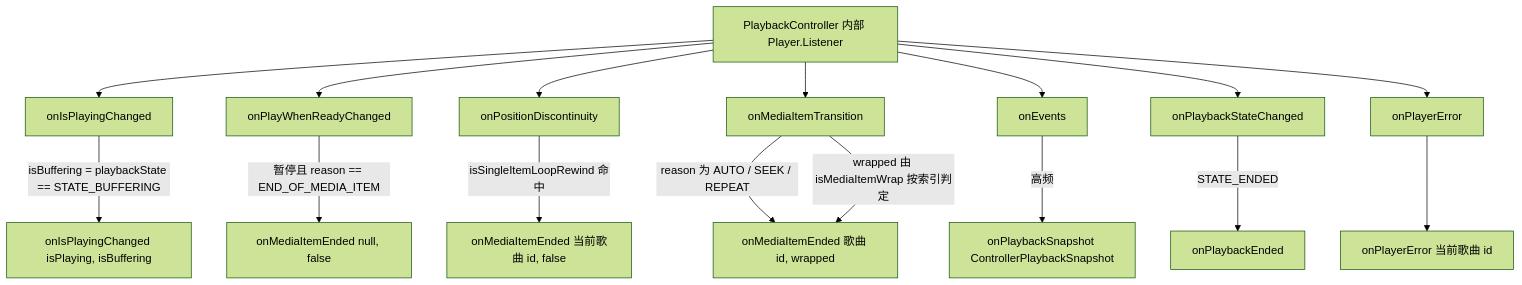
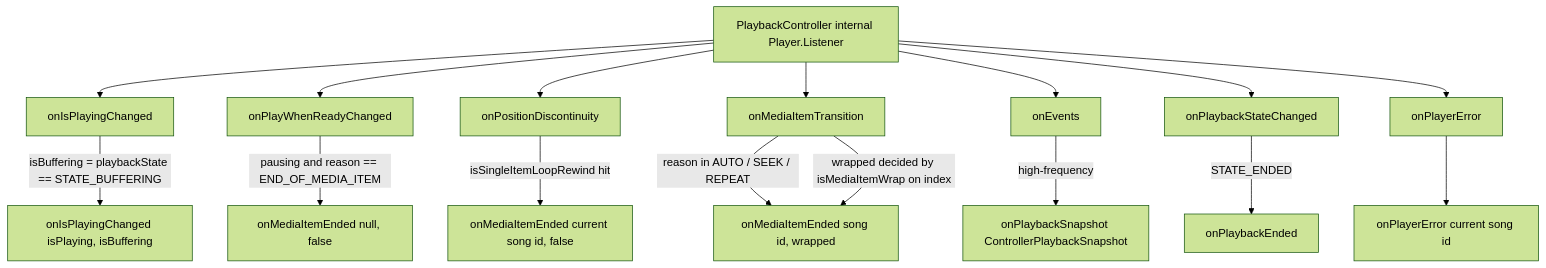
One commit to DefineMyCode/melody-in-heart-x changed the second of 2 diagrams in openwiki/player/service-and-controller.md. Above: the diagram before and after it, drawn with Mermaid (forest theme). The commit also changed other lines of this file and 38 other files, not shown here.

````diff
--- a/openwiki/player/service-and-controller.md
+++ b/openwiki/player/service-and-controller.md
@@ -160,18 +187,18 @@
 ```mermaid
 flowchart TD
-    L["PlaybackController 内部 Player.Listener"] --> IPC["onIsPlayingChanged"]
+    L["PlaybackController internal Player.Listener"] --> IPC["onIsPlayingChanged"]
     L --> PWR["onPlayWhenReadyChanged"]
     L --> DISC["onPositionDiscontinuity"]
     L --> TRANS["onMediaItemTransition"]
     L --> EV["onEvents"]
     L --> ST["onPlaybackStateChanged"]
     L --> ERR["onPlayerError"]
     IPC -->|"isBuffering = playbackState == STATE_BUFFERING"| CB1["onIsPlayingChanged isPlaying, isBuffering"]
-    PWR -->|"暂停且 reason == END_OF_MEDIA_ITEM"| CB2["onMediaItemEnded null, false"]
-    DISC -->|"isSingleItemLoopRewind 命中"| CB3["onMediaItemEnded 当前歌曲 id, false"]
-    TRANS -->|"reason 为 AUTO / SEEK / REPEAT"| CB4["onMediaItemEnded 歌曲 id, wrapped"]
-    TRANS -->|"wrapped 由 isMediaItemWrap 按索引判定"| CB4
-    EV -->|"高频"| CB5["onPlaybackSnapshot ControllerPlaybackSnapshot"]
+    PWR -->|"pausing and reason == END_OF_MEDIA_ITEM"| CB2["onMediaItemEnded null, false"]
+    DISC -->|"isSingleItemLoopRewind hit"| CB3["onMediaItemEnded current song id, false"]
+    TRANS -->|"reason in AUTO / SEEK / REPEAT"| CB4["onMediaItemEnded song id, wrapped"]
+    TRANS -->|"wrapped decided by isMediaItemWrap on index"| CB4
+    EV -->|"high-frequency"| CB5["onPlaybackSnapshot ControllerPlaybackSnapshot"]
     ST -->|"STATE_ENDED"| CB6["onPlaybackEnded"]
-    ERR --> CB7["onPlayerError 当前歌曲 id"]
+    ERR --> CB7["onPlayerError current song id"]
 ```
````
